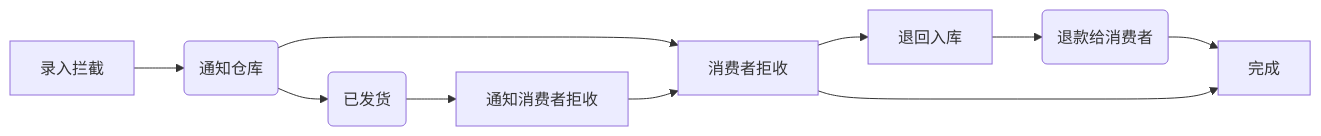
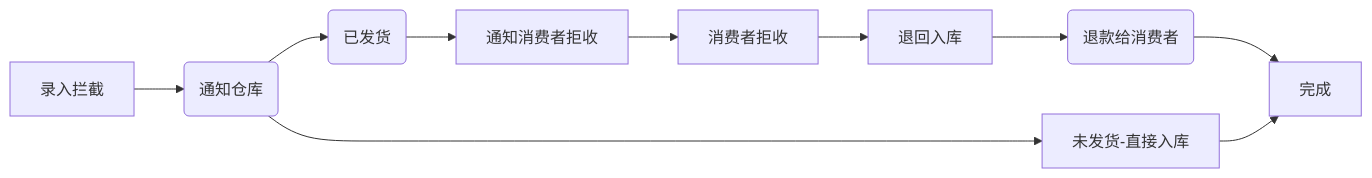
One commit to zeasin/qihangerp changed the seventh of 7 diagrams in README.md. Above: the diagram before and after it, drawn with Mermaid.

````diff
--- a/README.md
+++ b/README.md
@@ -150,12 +150,12 @@
 ```mermaid
 graph LR
 A[录入拦截] -->B(通知仓库)
-    B --> H[未发货-直接入库]
+    B --> H1[未发货-直接入库]
     B --> D(已发货)
     D --> E[通知消费者拒收]
     E --> H[消费者拒收]
     H --> C[退回入库]
     C --> F(退款给消费者)
     F --> G[完成]
-    H --> G
+    H1 --> G
 ```
````
